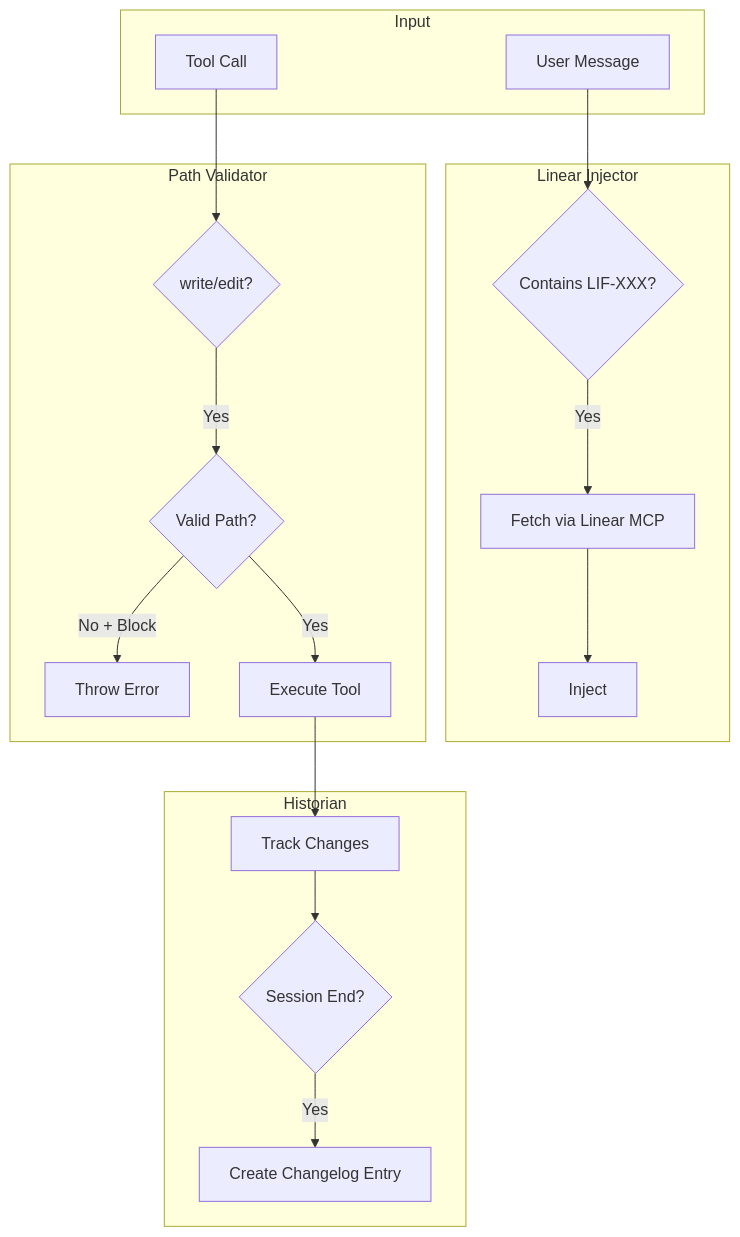
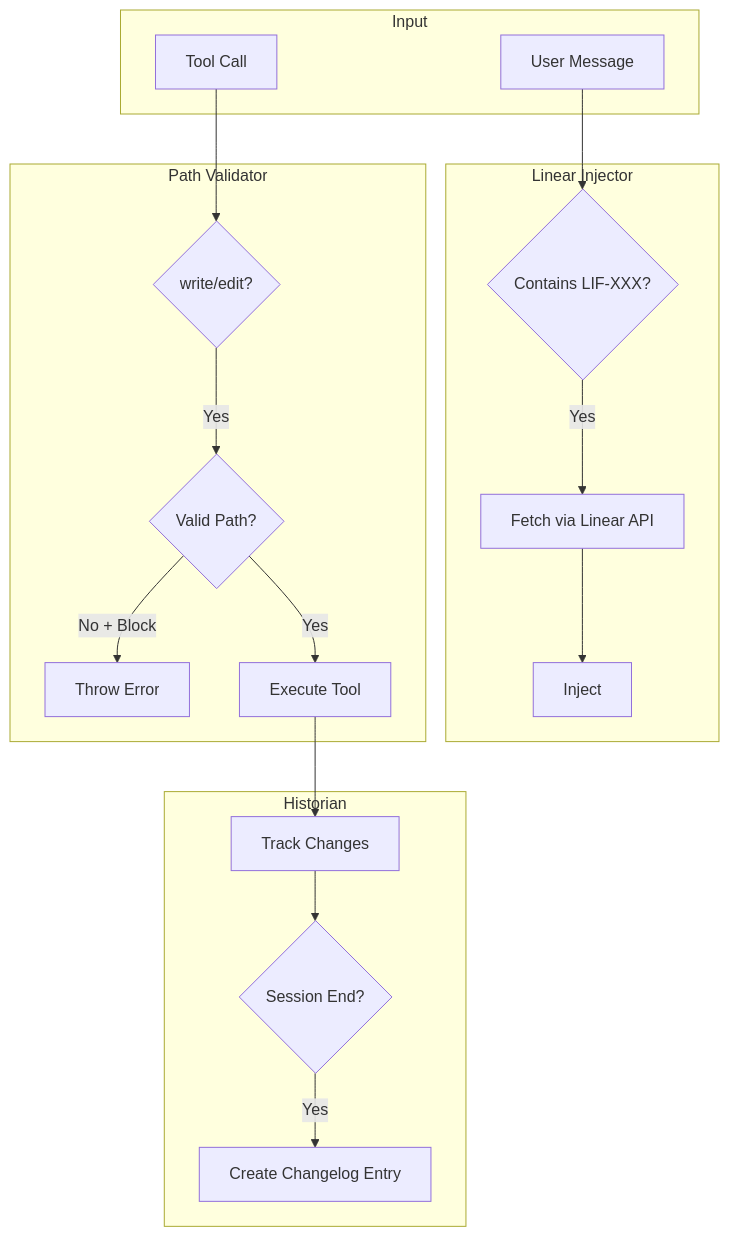
Before and after one commit to code-yeongyu/oh-my-openagent: the seventh of 10 diagrams in docs/architecture/10-data-flows.md, drawn with Mermaid. The commit also changed 73 other files, not shown here.

First line of the commit message:
fix(docs): update README and architecture documentation to reflect Linear API key requirement

````diff
--- a/docs/architecture/10-data-flows.md
+++ b/docs/architecture/10-data-flows.md
@@ -144,26 +144,26 @@
 ```mermaid
 flowchart TD
     subgraph Input
         A[User Message]
         B[Tool Call]
     end
     
     subgraph Linear Injector
         A --> C{Contains LIF-XXX?}
-        C -->|Yes| D[Fetch via Linear MCP]
+        C -->|Yes| D[Fetch via Linear API]
         D --> E[Inject <linear_context>]
     end
     
     subgraph Path Validator
         B --> F{write/edit?}
         F -->|Yes| G{Valid Path?}
         G -->|No + Block| H[Throw Error]
         G -->|Yes| I[Execute Tool]
     end
     
     subgraph Historian
         I --> J[Track Changes]
         J --> K{Session End?}
         K -->|Yes| L[Create Changelog Entry]
     end
 ```
````
